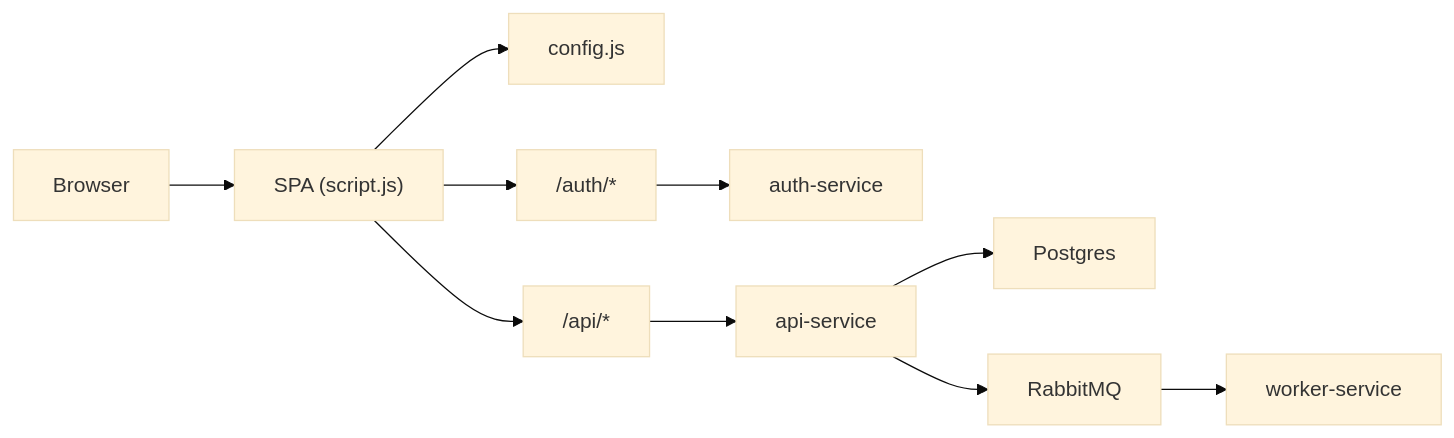
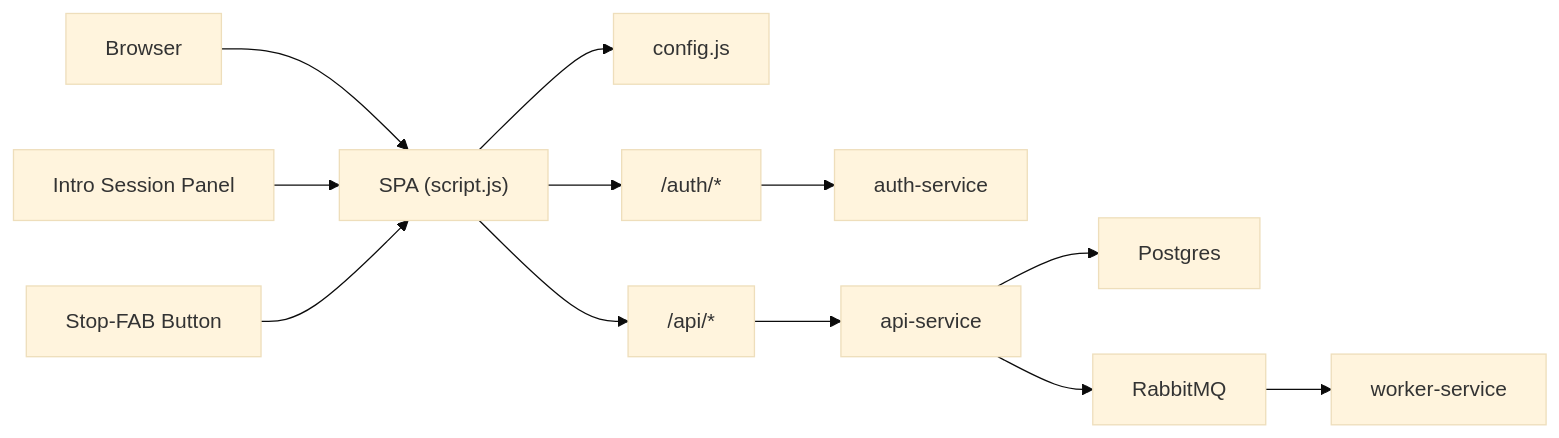
One commit to ikramhh/signvue-project changed the ninth of 9 diagrams in .qoder/repowiki/en/content/Frontend Application.md. Above: the diagram before and after it, drawn with Mermaid (base theme). The commit also changed other lines of this file and 3 other files, not shown here.

````diff
--- a/.qoder/repowiki/en/content/Frontend Application.md
+++ b/.qoder/repowiki/en/content/Frontend Application.md
@@ -295,12 +421,14 @@
 ```mermaid
 graph LR
 Browser["Browser"] --> SPA["SPA (script.js)"]
 SPA --> Config["config.js"]
 SPA --> AuthAPI["/auth/*"]
 SPA --> ApiAPI["/api/*"]
 AuthAPI --> AuthSvc["auth-service"]
 ApiAPI --> ApiSvc["api-service"]
 ApiSvc --> DB["Postgres"]
 ApiSvc --> MQ["RabbitMQ"]
 MQ --> Worker["worker-service"]
+IntroSession["Intro Session Panel"] --> SPA
+StopFab["Stop-FAB Button"] --> SPA
 ```
````
